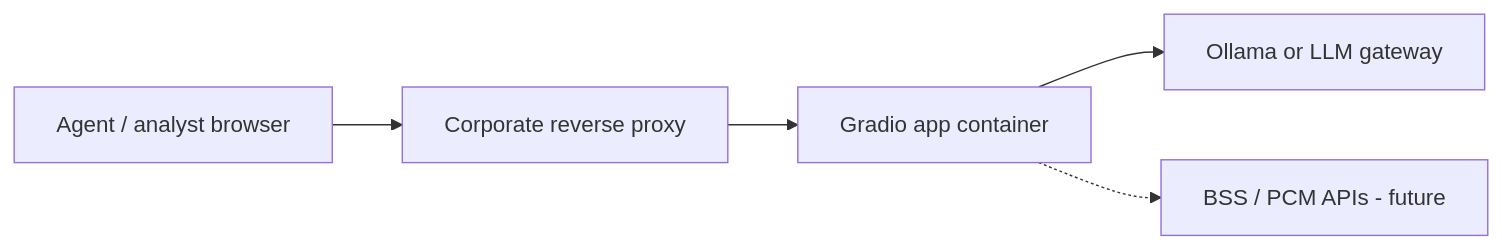
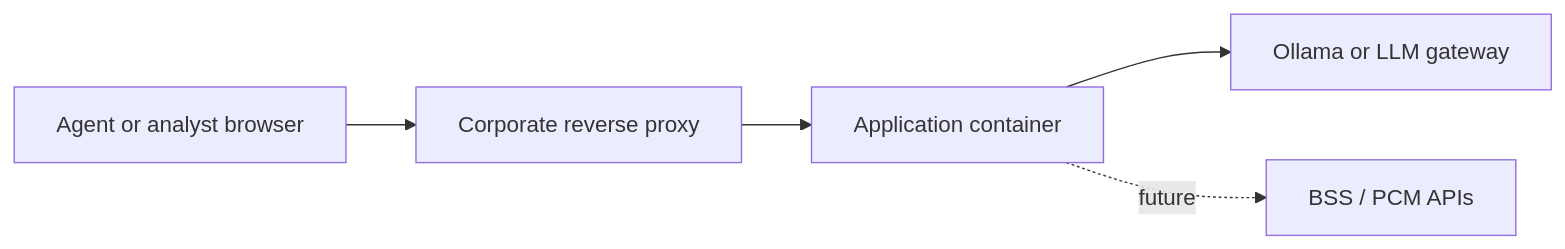
One commit to ehajnik/telekom-personal-plan-recommender changed the diagram in docs/deployment.md. Above: the diagram before and after it, drawn with Mermaid. The commit also changed other lines of this file and 12 other files, not shown here.

````diff
--- a/docs/deployment.md
+++ b/docs/deployment.md
@@ -9,12 +22,12 @@
 ```mermaid
 flowchart LR
-  User[Agent / analyst browser]
+  User[Agent or analyst browser]
   LB[Corporate reverse proxy]
-  App[Gradio app container]
-  Ollama[Ollama or LLM gateway]
-  BSS[BSS / PCM APIs - future]
+  App[Application container]
+  LLM[Ollama or LLM gateway]
+  BSS[BSS / PCM APIs]
 
   User --> LB --> App
-  App --> Ollama
-  App -.-> BSS
+  App --> LLM
+  App -.->|future| BSS
 ```
````
